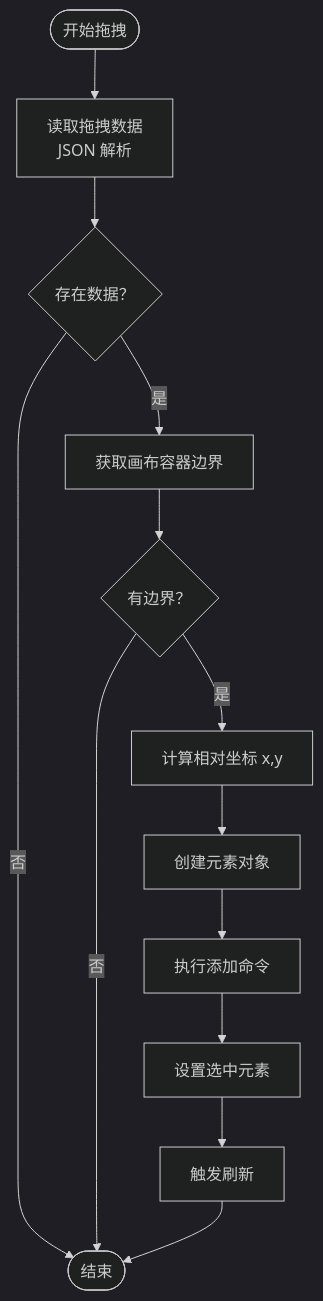
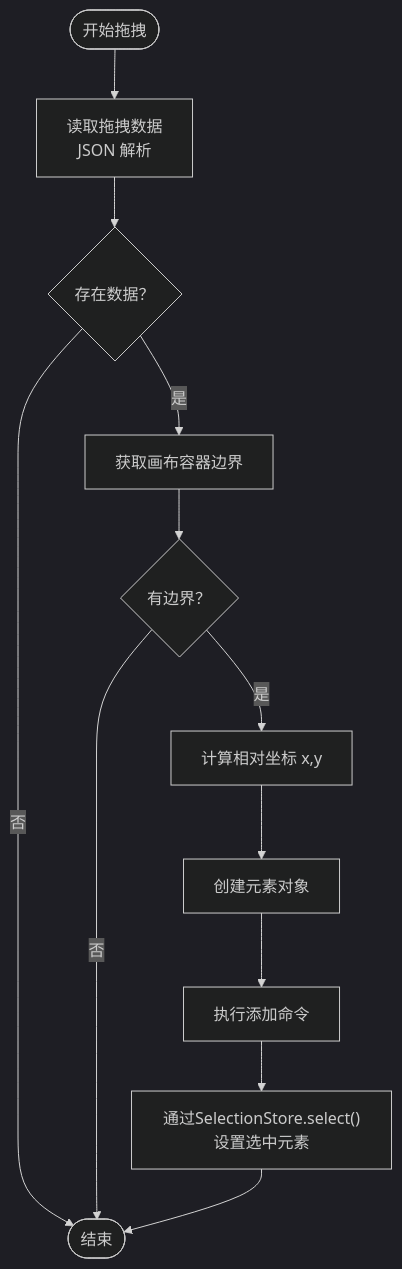
The third of 5 diagrams in .qoder/repowiki/zh/content/UI组件系统/画布组件 (Canvas).md (Anna0314zy/ai_editor_enginer), drawn with Mermaid (dark theme) before and after one commit. The commit also changed other lines of this file and 17 other files, not shown here.

````diff
--- a/.qoder/repowiki/zh/content/UI组件系统/画布组件 (Canvas).md
+++ b/.qoder/repowiki/zh/content/UI组件系统/画布组件 (Canvas).md
@@ -183,15 +248,14 @@
 ```mermaid
 flowchart TD
 Start(["开始拖拽"]) --> GetData["读取拖拽数据<br/>JSON 解析"]
 GetData --> HasData{"存在数据？"}
 HasData -- 否 --> End(["结束"])
 HasData -- 是 --> GetRect["获取画布容器边界"]
 GetRect --> RectOK{"有边界？"}
 RectOK -- 否 --> End
 RectOK -- 是 --> CalcXY["计算相对坐标 x,y"]
 CalcXY --> CreateEl["创建元素对象"]
 CreateEl --> ExecCmd["执行添加命令"]
-ExecCmd --> SelectEl["设置选中元素"]
-SelectEl --> Refresh["触发刷新"]
-Refresh --> End
+ExecCmd --> SelectEl["通过SelectionStore.select()设置选中元素"]
+SelectEl --> End
 ```
````
